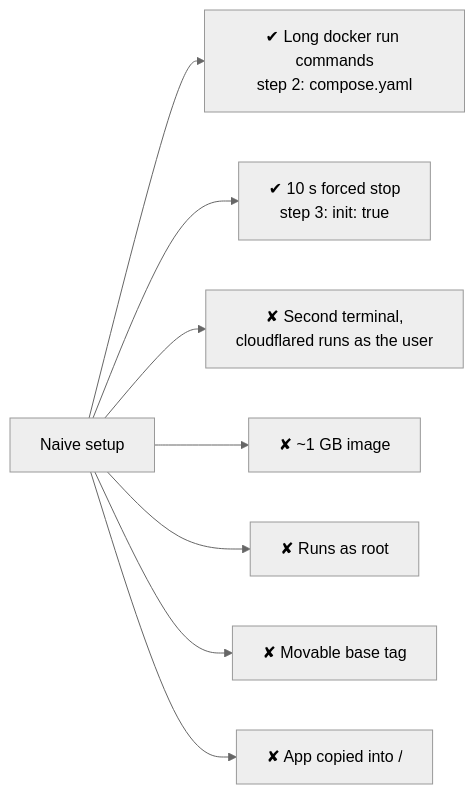
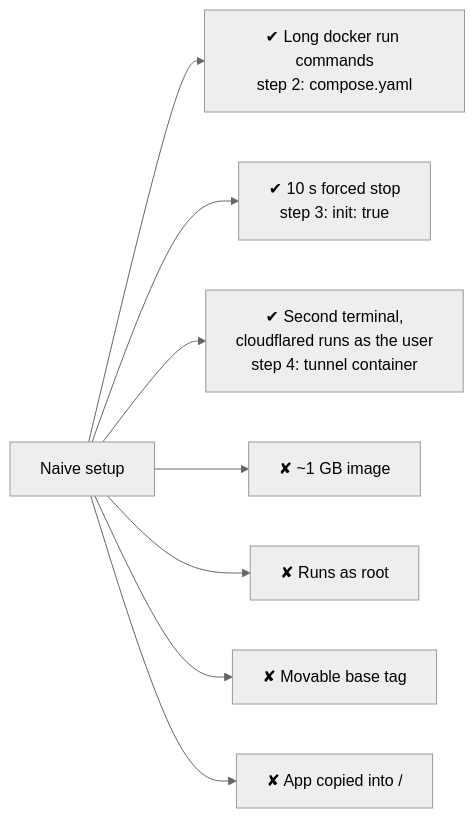
Before and after one commit to Bende-KBB/devops-lab: the diagram in docs/phases/phase-3-container/result.md, drawn with Mermaid (neutral theme). The commit also changed other lines of this file and 6 other files, not shown here.

````diff
--- a/docs/phases/phase-3-container/result.md
+++ b/docs/phases/phase-3-container/result.md
@@ -9,10 +9,10 @@
 ```mermaid
 flowchart LR
     N["Naive setup"] --> A["✔ Long docker run commands<br/>step 2: compose.yaml"]
     N --> B["✔ 10 s forced stop<br/>step 3: init: true"]
-    N --> C["✘ Second terminal,<br/>cloudflared runs as the user"]
+    N --> C["✔ Second terminal,<br/>cloudflared runs as the user<br/>step 4: tunnel container"]
     N --> D["✘ ~1 GB image"]
     N --> E["✘ Runs as root"]
     N --> F["✘ Movable base tag"]
     N --> G["✘ App copied into /"]
 ```
````
